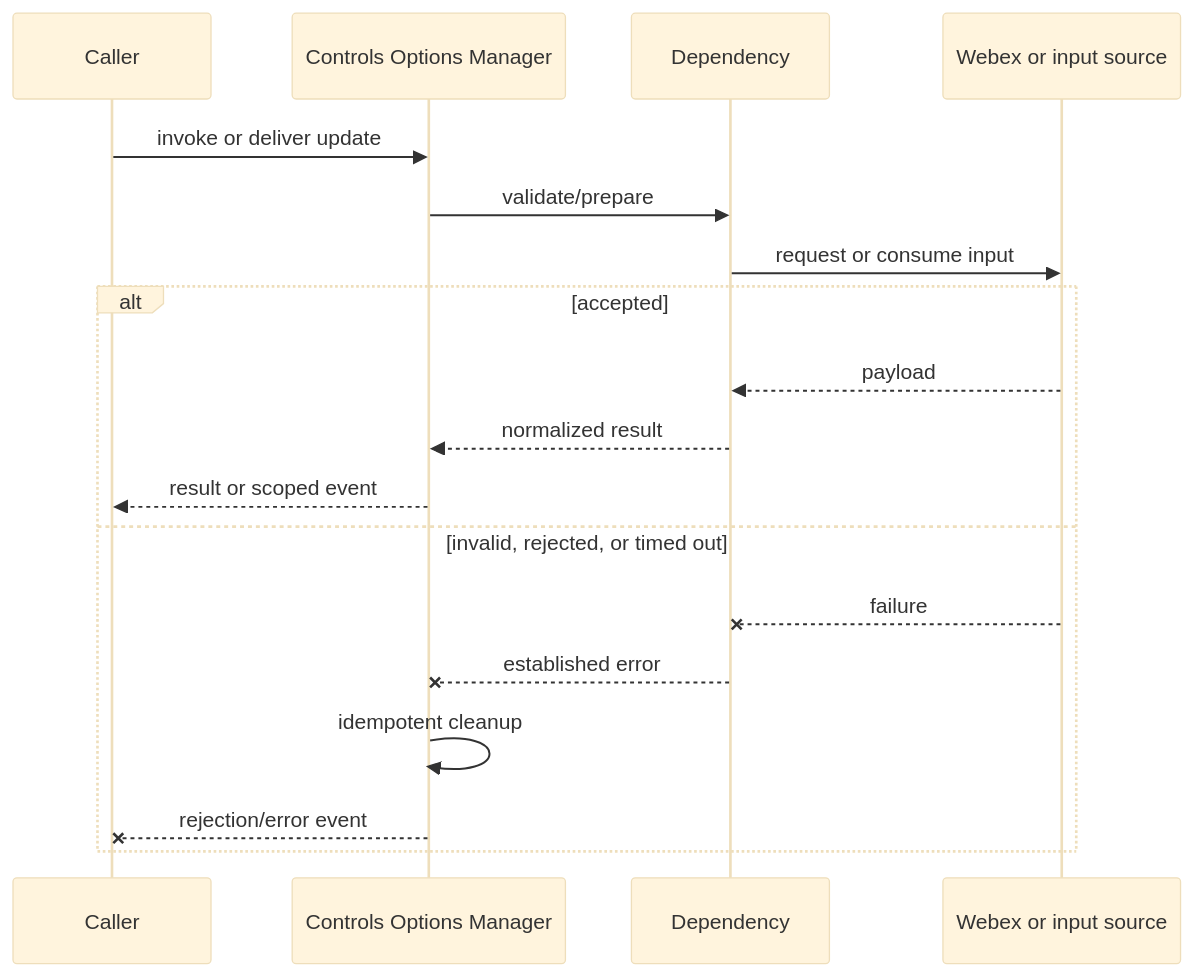
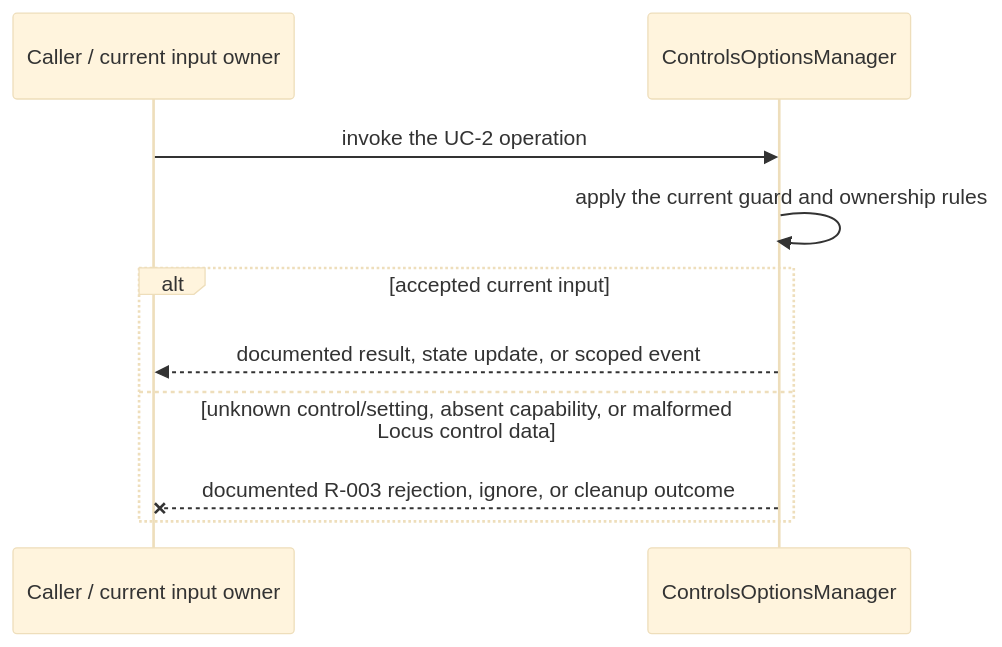
The third of 4 diagrams in packages/@webex/plugin-meetings/src/controls-options-manager/ai-docs/controls-options-manager-spec.md (webex/webex-js-sdk), drawn with Mermaid (base theme) before and after one commit. The commit also changed other lines of this file and 26 other files, not shown here.

````diff
--- a/packages/@webex/plugin-meetings/src/controls-options-manager/ai-docs/controls-options-manager-spec.md
+++ b/packages/@webex/plugin-meetings/src/controls-options-manager/ai-docs/controls-options-manager-spec.md
@@ -119,20 +137,12 @@
 ```mermaid
 sequenceDiagram
-  participant C as Caller
-  participant M as Controls Options Manager
-  participant D as Dependency
-  participant W as Webex or input source
-  C->>M: invoke or deliver update
-  M->>D: validate/prepare
-  D->>W: request or consume input
-  alt accepted
-    W-->>D: payload
-    D-->>M: normalized result
-    M-->>C: result or scoped event
-  else invalid, rejected, or timed out
-    W--xD: failure
-    D--xM: established error
-    M->>M: idempotent cleanup
-    M--xC: rejection/error event
+  participant C as Caller / current input owner
+  participant M as ControlsOptionsManager
+  C->>M: invoke the UC-2 operation
+  M->>M: apply the current guard and ownership rules
+  alt accepted current input
+    M-->>C: documented result, state update, or scoped event
+  else unknown control/setting, absent capability, or malformed Locus control data
+    M--xC: documented R-003 rejection, ignore, or cleanup outcome
   end
 ```
````
